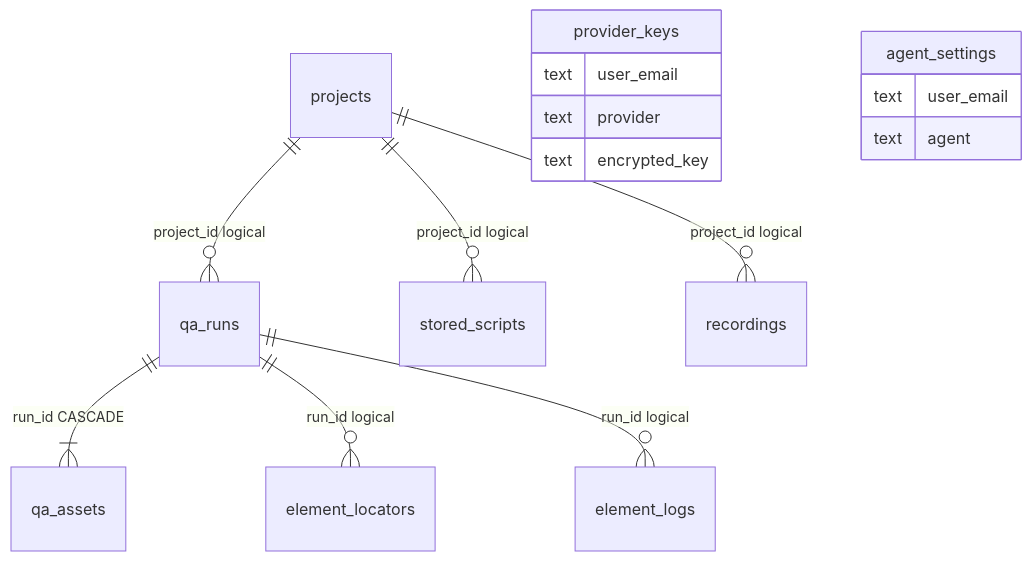
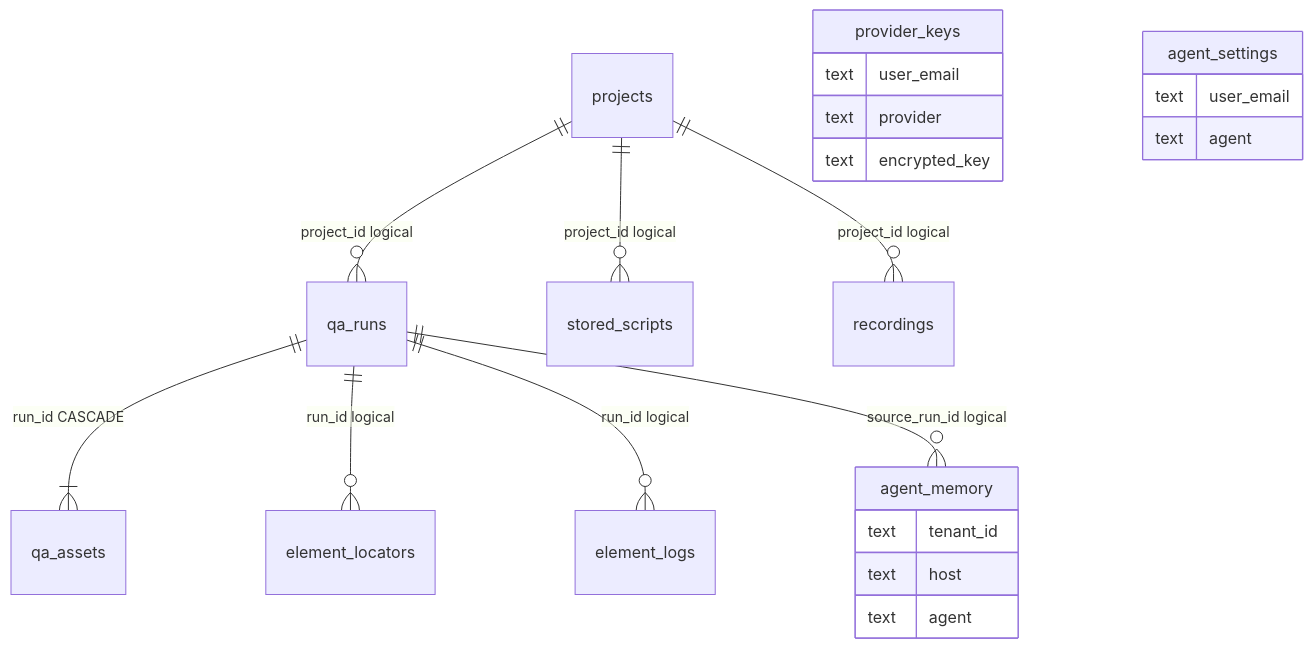
One commit to WisecraftAI/Zero changed the diagram in support/zero-docs/docs/v1/ARCHITECTURE.md. Above: the diagram before and after it, drawn with Mermaid. The commit also changed other lines of this file and 494 other files, not shown here.

````diff
--- a/support/zero-docs/docs/v1/ARCHITECTURE.md
+++ b/support/zero-docs/docs/v1/ARCHITECTURE.md
@@ -120,18 +121,24 @@
 ```mermaid
 erDiagram
   projects ||--o{ qa_runs : "project_id logical"
   projects ||--o{ stored_scripts : "project_id logical"
   projects ||--o{ recordings : "project_id logical"
   qa_runs ||--|{ qa_assets : "run_id CASCADE"
   qa_runs ||--o{ element_locators : "run_id logical"
   qa_runs ||--o{ element_logs : "run_id logical"
+  qa_runs ||--o{ agent_memory : "source_run_id logical"
   provider_keys {
     text user_email
     text provider
     text encrypted_key
   }
   agent_settings {
     text user_email
     text agent
   }
+  agent_memory {
+    text tenant_id
+    text host
+    text agent
+  }
 ```
````
